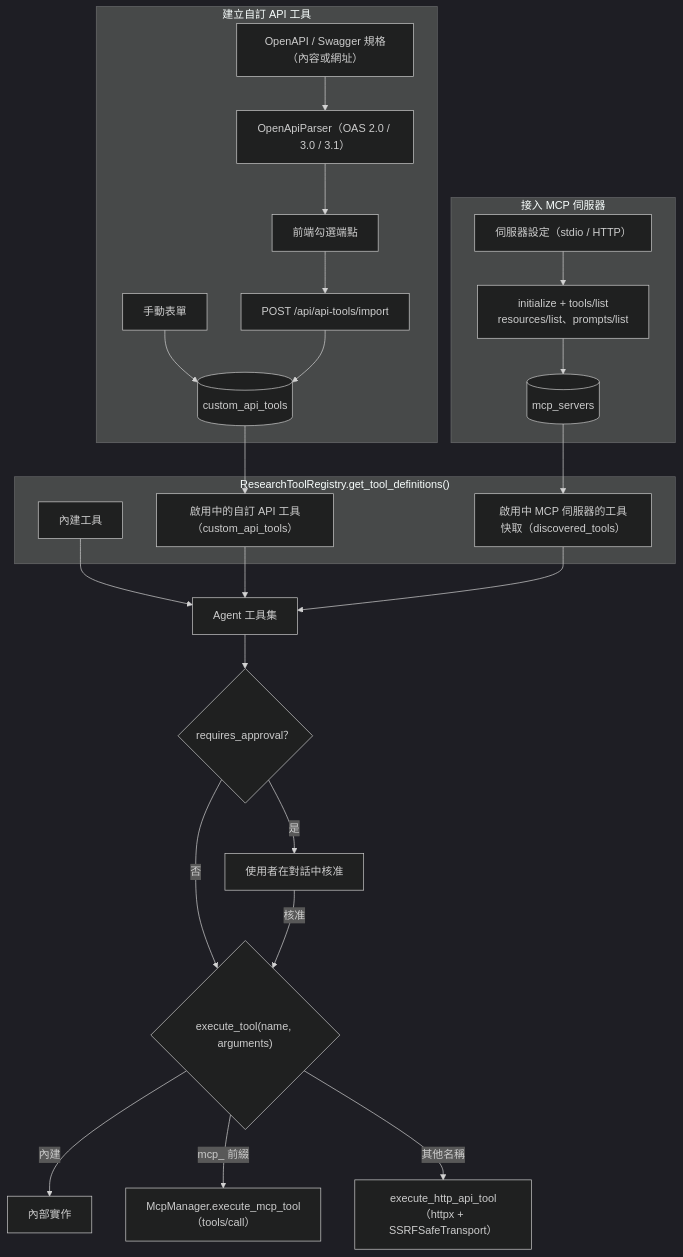
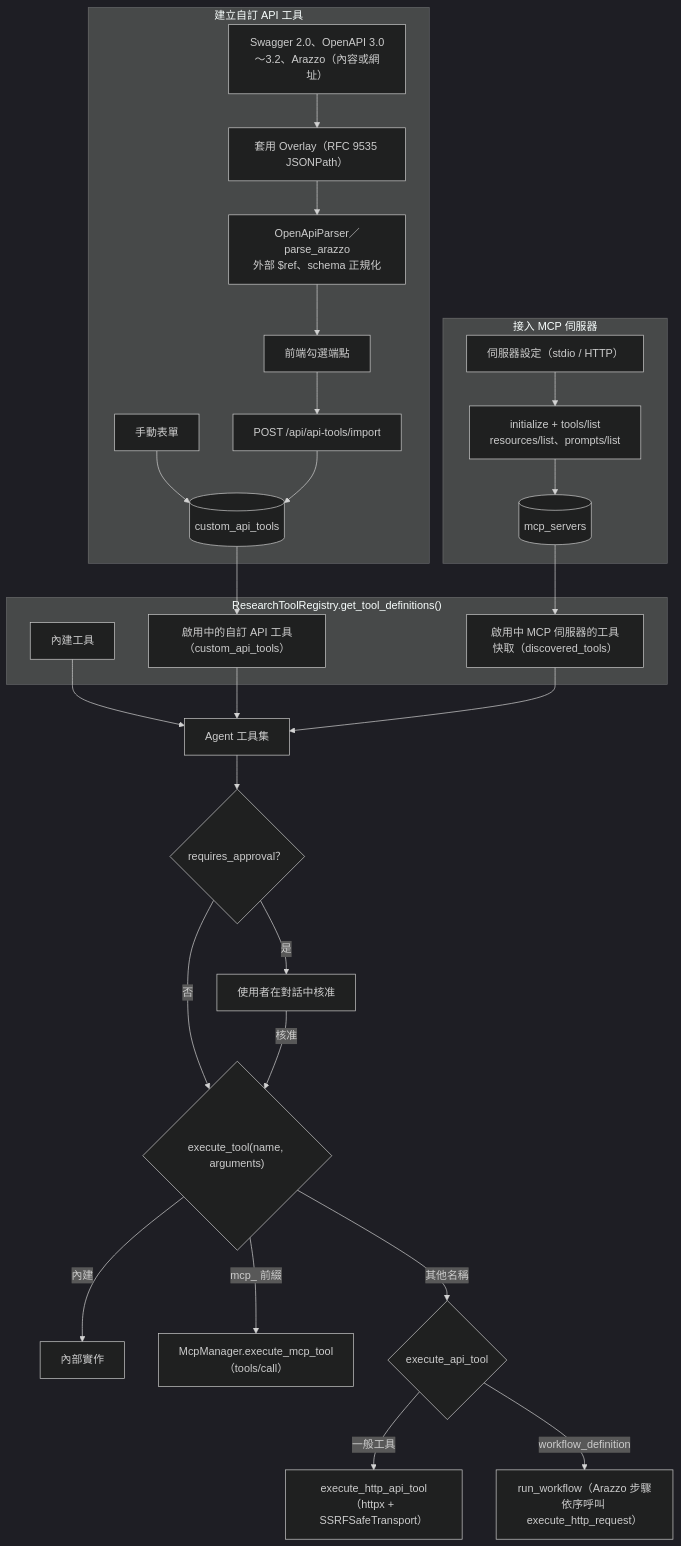
One commit to Scorpio-meow/AskMiao changed the seventh of 9 diagrams in docs/architecture.md. Above: the diagram before and after it, drawn with Mermaid (dark theme). The commit also changed other lines of this file and 163 other files, not shown here.

````diff
--- a/docs/architecture.md
+++ b/docs/architecture.md
@@ -467,32 +469,35 @@
 ```mermaid
 flowchart TB
     subgraph Registry ["ResearchToolRegistry.get_tool_definitions()"]
         Builtin["內建工具"]
         DynamicApi["啟用中的自訂 API 工具（custom_api_tools）"]
         DynamicMcp["啟用中 MCP 伺服器的工具快取（discovered_tools）"]
     end
 
     subgraph ImportFlow ["建立自訂 API 工具"]
-        Spec["OpenAPI / Swagger 規格（內容或網址）"] --> Parser["OpenApiParser（OAS 2.0 / 3.0 / 3.1）"]
+        Spec["Swagger 2.0、OpenAPI 3.0～3.2、Arazzo（內容或網址）"] --> Overlay["套用 Overlay（RFC 9535 JSONPath）"]
+        Overlay --> Parser["OpenApiParser／parse_arazzo<br/>外部 $ref、schema 正規化"]
         Parser --> Select["前端勾選端點"]
         Select --> Import["POST /api/api-tools/import"]
         Manual["手動表單"] --> DB[(custom_api_tools)]
         Import --> DB
     end
 
     subgraph McpFlow ["接入 MCP 伺服器"]
         Server["伺服器設定（stdio / HTTP）"] --> Discover["initialize + tools/list<br/>resources/list、prompts/list"]
         Discover --> McpDB[(mcp_servers)]
     end
 
     DB --> DynamicApi
     McpDB --> DynamicMcp
     Builtin & DynamicApi & DynamicMcp --> Agent["Agent 工具集"]
     Agent --> Gate{"requires_approval？"}
     Gate -->|是| Ask["使用者在對話中核准"]
     Gate -->|否| Exec{"execute_tool(name, arguments)"}
     Ask -->|核准| Exec
     Exec -->|內建| Internal["內部實作"]
     Exec -->|mcp_ 前綴| McpCall["McpManager.execute_mcp_tool（tools/call）"]
-    Exec -->|其他名稱| Http["execute_http_api_tool（httpx + SSRFSafeTransport）"]
+    Exec -->|其他名稱| Dispatch{"execute_api_tool"}
+    Dispatch -->|一般工具| Http["execute_http_api_tool（httpx + SSRFSafeTransport）"]
+    Dispatch -->|workflow_definition| Workflow["run_workflow（Arazzo 步驟依序呼叫 execute_http_request）"]
 ```
````
